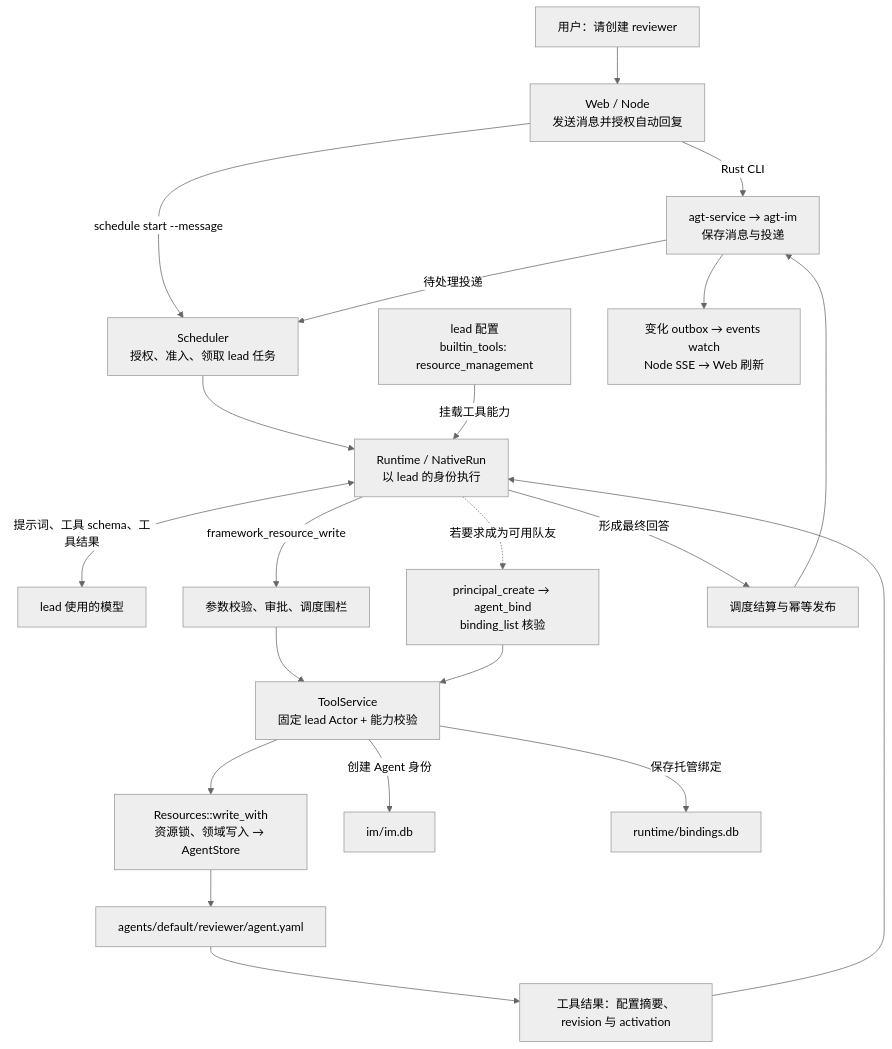
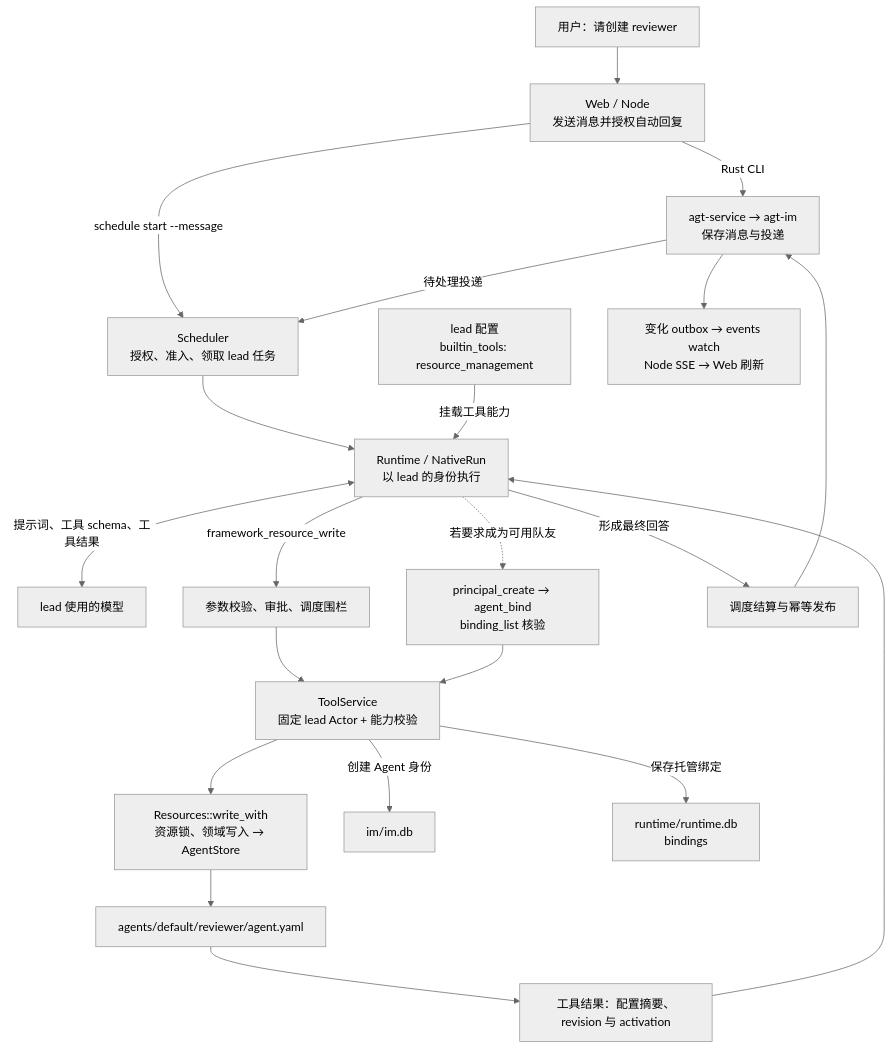
One commit to blacsheep/agt changed the first of 2 diagrams in docs/architecture/web-lead-create-agent.md. Above: the diagram before and after it, drawn with Mermaid (neutral theme). The commit also changed 37 other files, not shown here.

````diff
--- a/docs/architecture/web-lead-create-agent.md
+++ b/docs/architecture/web-lead-create-agent.md
@@ -20,24 +20,24 @@
 ```mermaid
 flowchart TB
     User["用户：请创建 reviewer"] --> Web["Web / Node<br/>发送消息并授权自动回复"]
     Web -->|Rust CLI| IM["agt-service → agt-im<br/>保存消息与投递"]
     Web -->|schedule start --message| Scheduler["Scheduler<br/>授权、准入、领取 lead 任务"]
     IM -->|待处理投递| Scheduler
     Scheduler --> Run["Runtime / NativeRun<br/>以 lead 的身份执行"]
     Config["lead 配置<br/>builtin_tools: resource_management"] -->|挂载工具能力| Run
     Run <-->|提示词、工具 schema、工具结果| Model["lead 使用的模型"]
     Run -->|framework_resource_write| Gate["参数校验、审批、调度围栏"]
     Gate --> Service["ToolService<br/>固定 lead Actor + 能力校验"]
     Service --> Resources["Resources::write_with<br/>资源锁、领域写入 → AgentStore"]
     Resources --> File["agents/default/reviewer/agent.yaml"]
     File --> Result["工具结果：配置摘要、revision 与 activation"]
     Result --> Run
 
     Run -.->|若要求成为可用队友| Activate["principal_create → agent_bind<br/>binding_list 核验"]
     Activate --> Service
     Service -->|创建 Agent 身份| Identity["im/im.db"]
-    Service -->|保存托管绑定| Bindings["runtime/bindings.db"]
+    Service -->|保存托管绑定| Bindings["runtime/runtime.db<br/>bindings"]
     Run -->|形成最终回答| Publish["调度结算与幂等发布"]
     Publish --> IM
     IM --> Refresh["变化 outbox → events watch<br/>Node SSE → Web 刷新"]
 ```
````
